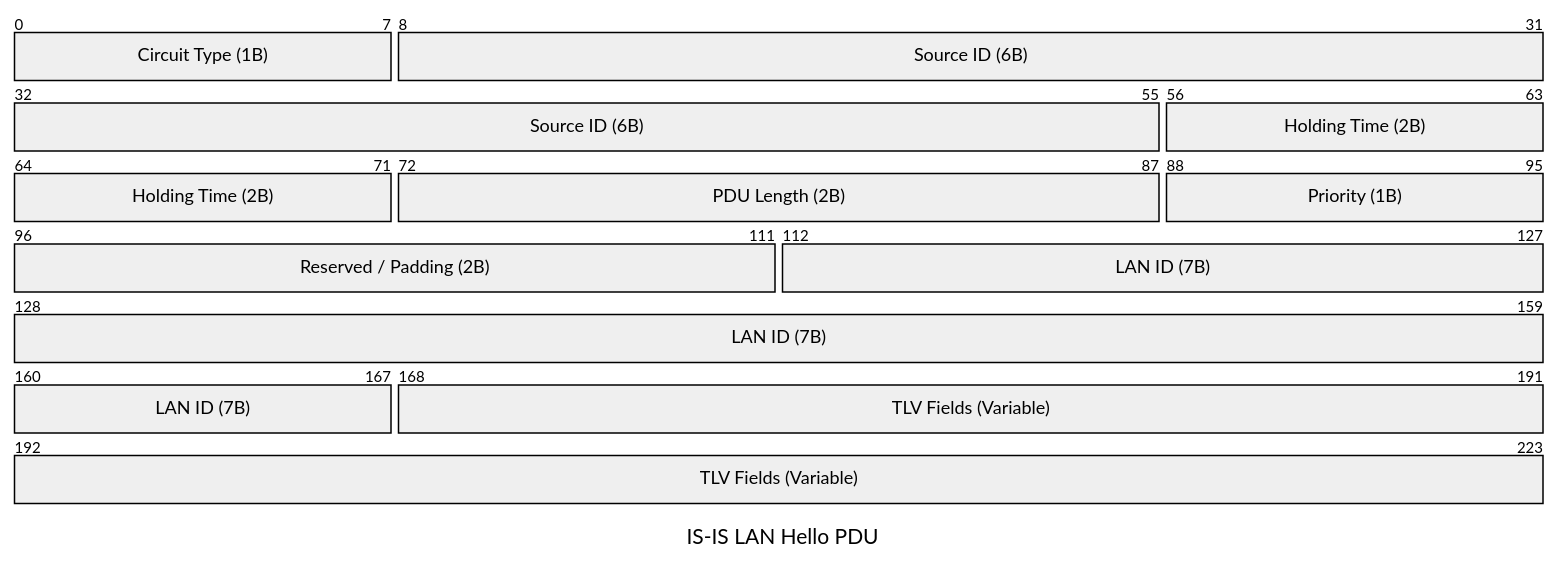
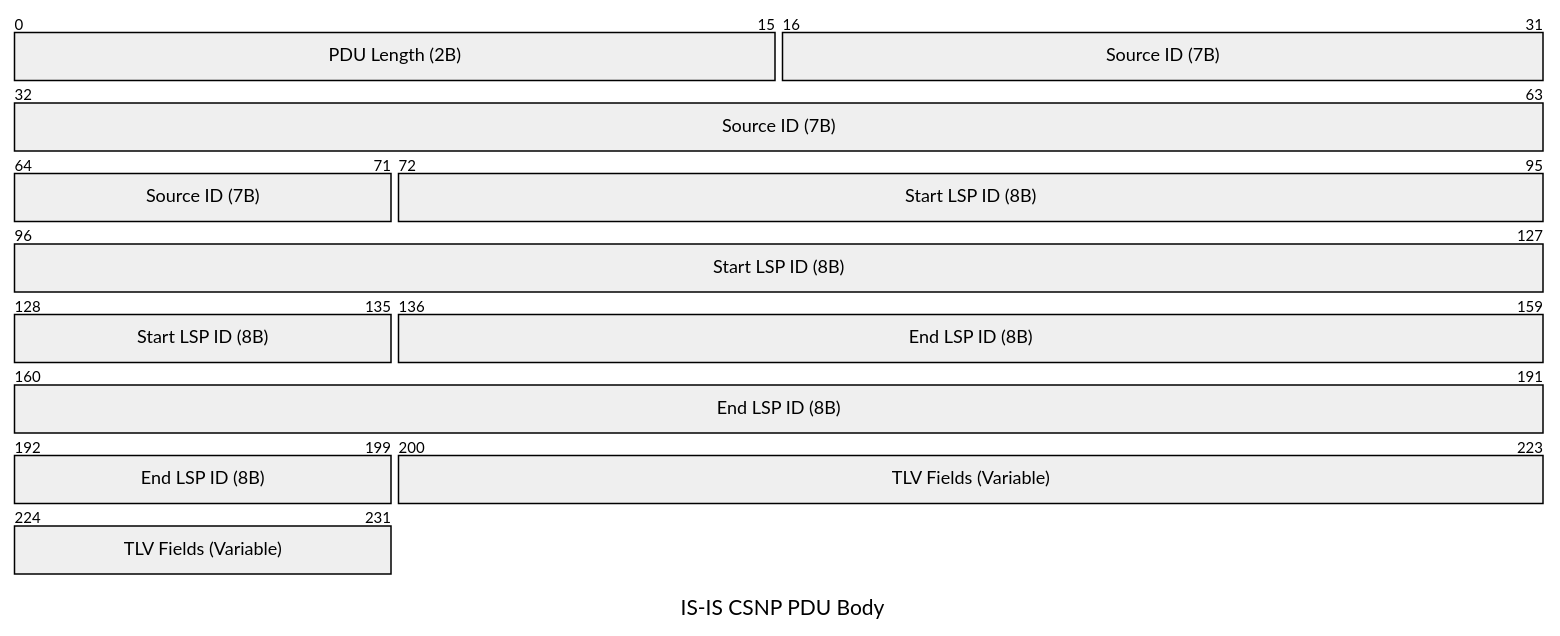
One commit to Wavepoet/hikari_Notes_Datacom changed the fourth of 8 diagrams in 理论/路由技术/IS-IS(LSU待补全).md. Above: the diagram before and after it, drawn with Mermaid. The commit also changed other lines of this file and 44 other files, not shown here.

````diff
--- a/理论/路由技术/IS-IS(LSU待补全).md
+++ b/理论/路由技术/IS-IS(LSU待补全).md
@@ -362,12 +361,9 @@
 ```mermaid
 packet-beta
-title IS-IS LAN Hello PDU
-0-7: "Circuit Type (1B)"
-8-55: "Source ID (6B)"
-56-71: "Holding Time (2B)"
-72-87: "PDU Length (2B)"
-88-95: "Priority (1B)"
-96-111: "Reserved / Padding (2B)"
-112-167: "\LAN ID (7B)"
-168-223: "TLV Fields (Variable)"
+title IS-IS CSNP PDU Body
+0-15: "PDU Length (2B)"
+16-71: "Source ID (7B)"
+72-135: "Start LSP ID (8B)"
+136-199: "End LSP ID (8B)"
+200-231: "TLV Fields (Variable)"
 ```
````
